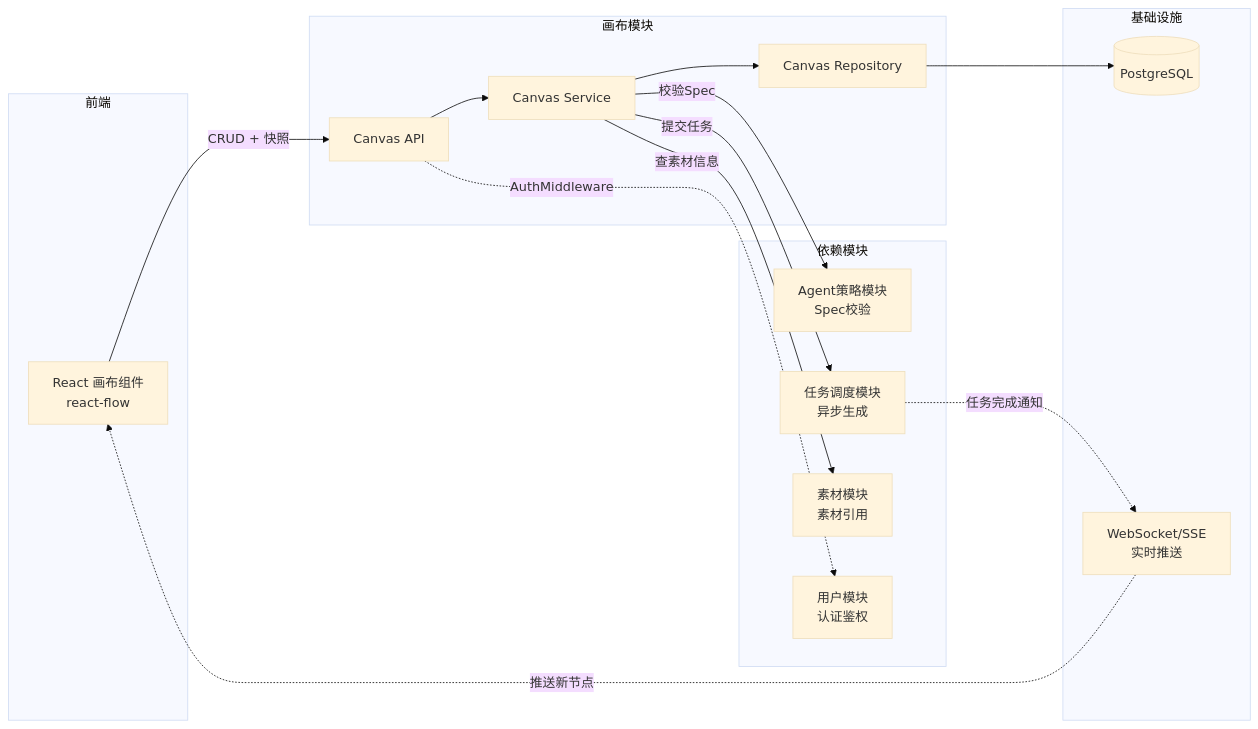
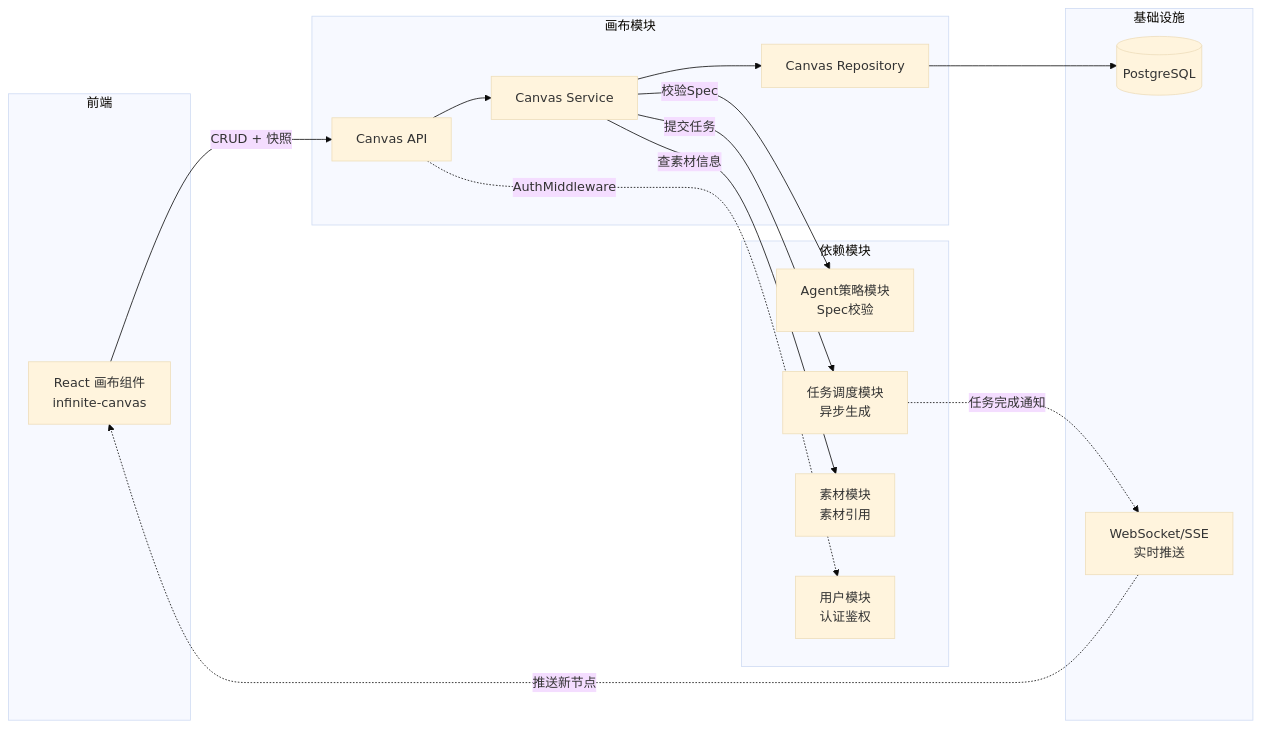
The third of 3 diagrams in docs/[02]画布模块/README.md (fairyspace/x-media), drawn with Mermaid (base theme) before and after one commit. The commit also changed other lines of this file and 1 other file, not shown here.

````diff
--- a/docs/[02]画布模块/README.md
+++ b/docs/[02]画布模块/README.md
@@ -542,32 +542,32 @@
 ```mermaid
 flowchart LR
     subgraph 前端
-        A[React 画布组件<br/>react-flow]
+        A[React 画布组件<br/>infinite-canvas]
     end
 
     subgraph 画布模块
         B[Canvas API]
         C[Canvas Service]
         D[Canvas Repository]
     end
 
     subgraph 依赖模块
         E[Agent策略模块<br/>Spec校验]
         F[任务调度模块<br/>异步生成]
         G[素材模块<br/>素材引用]
         H[用户模块<br/>认证鉴权]
     end
 
     subgraph 基础设施
         I[(PostgreSQL)]
         J[WebSocket/SSE<br/>实时推送]
     end
 
     A -->|CRUD + 快照| B
     B --> C --> D --> I
     C -->|校验Spec| E
     C -->|提交任务| F
     C -->|查素材信息| G
     B -.->|AuthMiddleware| H
     F -.->|任务完成通知| J -.->|推送新节点| A
 ```
````
